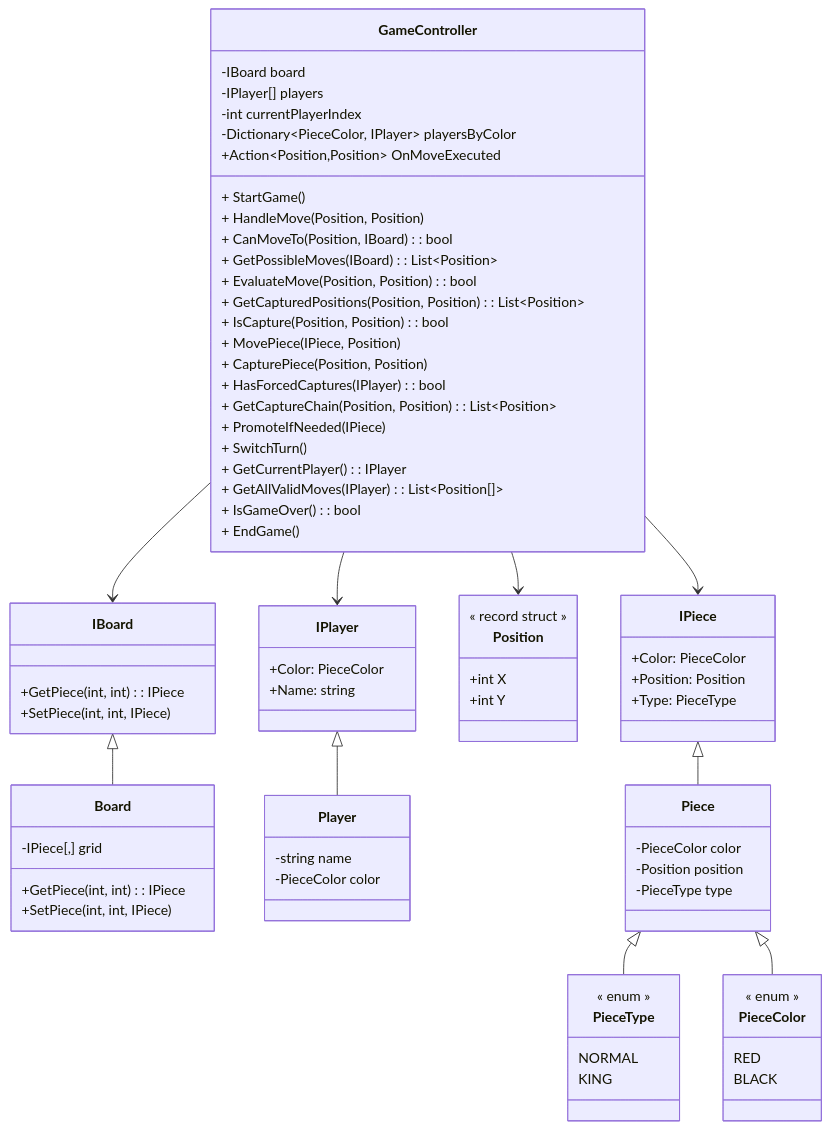
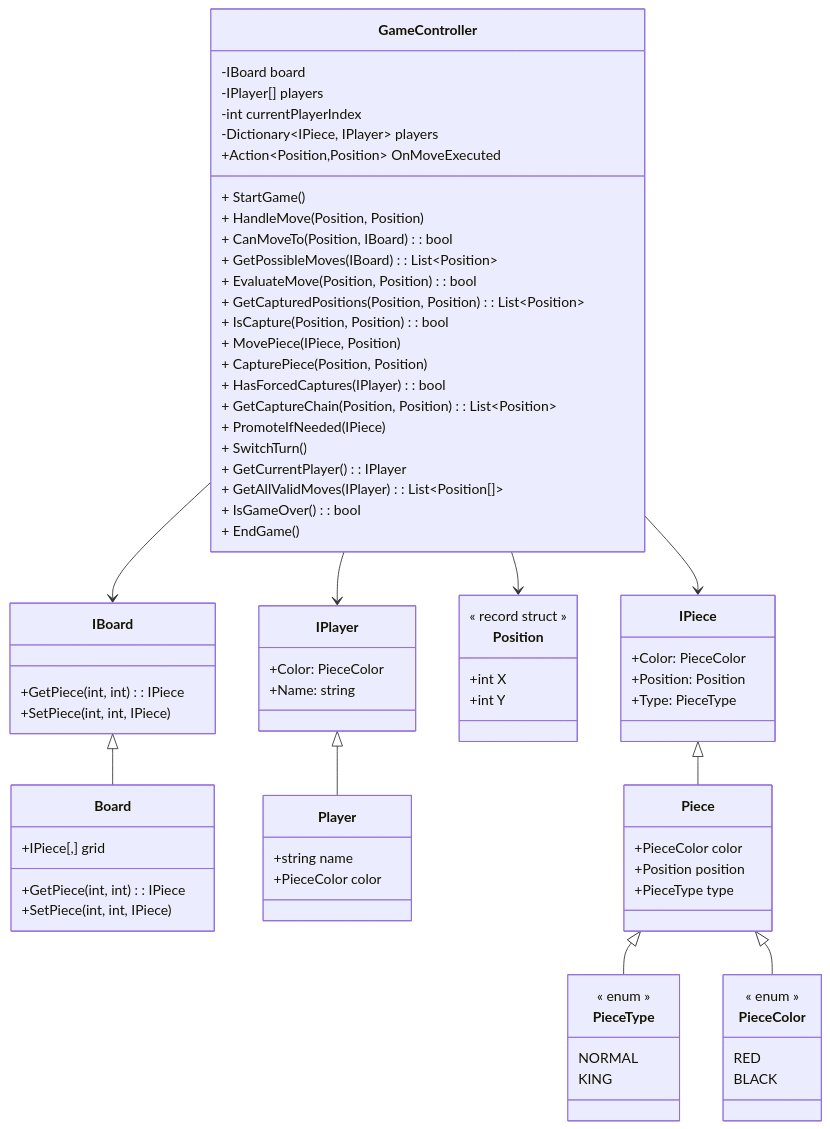
One commit to alifrain/Bootcamp changed the diagram in Day8/test.mmd. Above: the diagram before and after it, drawn with Mermaid. The commit also changed 29 other files, not shown here.

```diff
--- a/Day8/test.mmd
+++ b/Day8/test.mmd
@@ -1,87 +1,87 @@
 classDiagram
     class GameController {
         -IBoard board
         -IPlayer[] players
         -int currentPlayerIndex
-        -Dictionary~PieceColor, IPlayer~ playersByColor
+        -Dictionary~IPiece, IPlayer~ players
         +Action~Position,Position~ OnMoveExecuted
         + StartGame()
         + HandleMove(Position, Position)
         + CanMoveTo(Position, IBoard): bool
         + GetPossibleMoves(IBoard): List~Position~
         + EvaluateMove(Position, Position): bool
         + GetCapturedPositions(Position, Position): List~Position~
         + IsCapture(Position, Position): bool
         + MovePiece(IPiece, Position)
         + CapturePiece(Position, Position)
         + HasForcedCaptures(IPlayer): bool      
         + GetCaptureChain(Position, Position): List~Position~
         + PromoteIfNeeded(IPiece)
         + SwitchTurn()
         + GetCurrentPlayer(): IPlayer
         + GetAllValidMoves(IPlayer): List~Position[]~
         + IsGameOver(): bool
         + EndGame()
     }
     
     class IBoard {
         +GetPiece(int, int): IPiece
         +SetPiece(int, int, IPiece)
     }
     
     class Board {
-        -IPiece[,] grid
+        +IPiece[,] grid
         +GetPiece(int, int): IPiece
         +SetPiece(int, int, IPiece)
     }
     
     class IPlayer {
         +Color: PieceColor
         +Name: string
     }
     
     class Player {
-        -string name
-        -PieceColor color
+        +string name
+        +PieceColor color
     }
     
     class Position {
         +int X
         +int Y
         << record struct >>
     }
     
     class PieceType {
         NORMAL
         KING
         << enum >>
     }
     
     class PieceColor {
         RED
         BLACK
         << enum >>
     }
     
     class IPiece {
         +Color: PieceColor
         +Position: Position
         +Type: PieceType
     }
     
     class Piece {
-        -PieceColor color
-        -Position position
-        -PieceType type
+        +PieceColor color
+        +Position position
+        +PieceType type
     }
     
     GameController --> IBoard
     GameController --> IPlayer
     GameController --> IPiece
     GameController --> Position
 
     IBoard <|-- Board
     IPlayer <|-- Player
     IPiece <|-- Piece
     Piece <|-- PieceType
     Piece <|-- PieceColor
```
